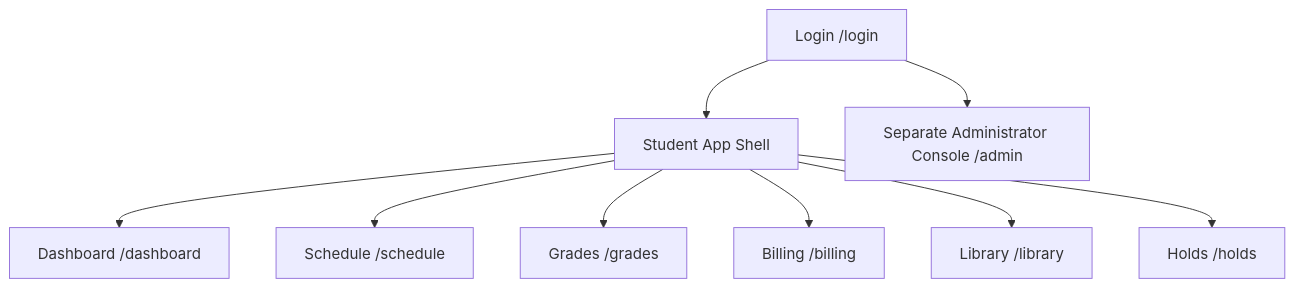
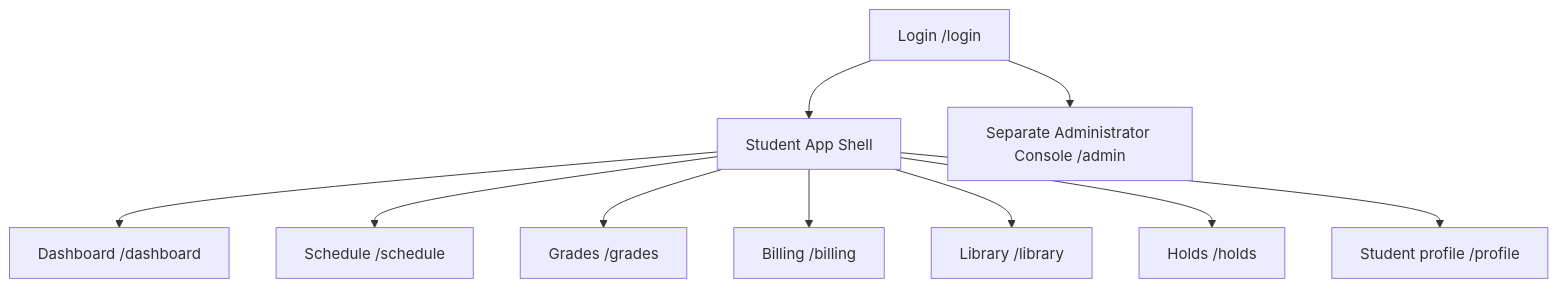
One commit to PhonsekalLaure/frighton-university-sis changed the diagram in docs/sis-page-architecture.md. Above: the diagram before and after it, drawn with Mermaid. The commit also changed other lines of this file and 9 other files, not shown here.

Commit message:
feat: add student profile components

````diff
--- a/docs/sis-page-architecture.md
+++ b/docs/sis-page-architecture.md
@@ -20,11 +20,12 @@
 ```mermaid
 graph TD
     Auth["Login /login"] --> Shell["Student App Shell"]
     Shell --> Dashboard["Dashboard /dashboard"]
     Shell --> Schedule["Schedule /schedule"]
     Shell --> Grades["Grades /grades"]
     Shell --> Billing["Billing /billing"]
     Shell --> Library["Library /library"]
     Shell --> Holds["Holds /holds"]
+    Shell --> Profile["Student profile /profile"]
     Auth --> Admin["Separate Administrator Console /admin"]
 ```
````
